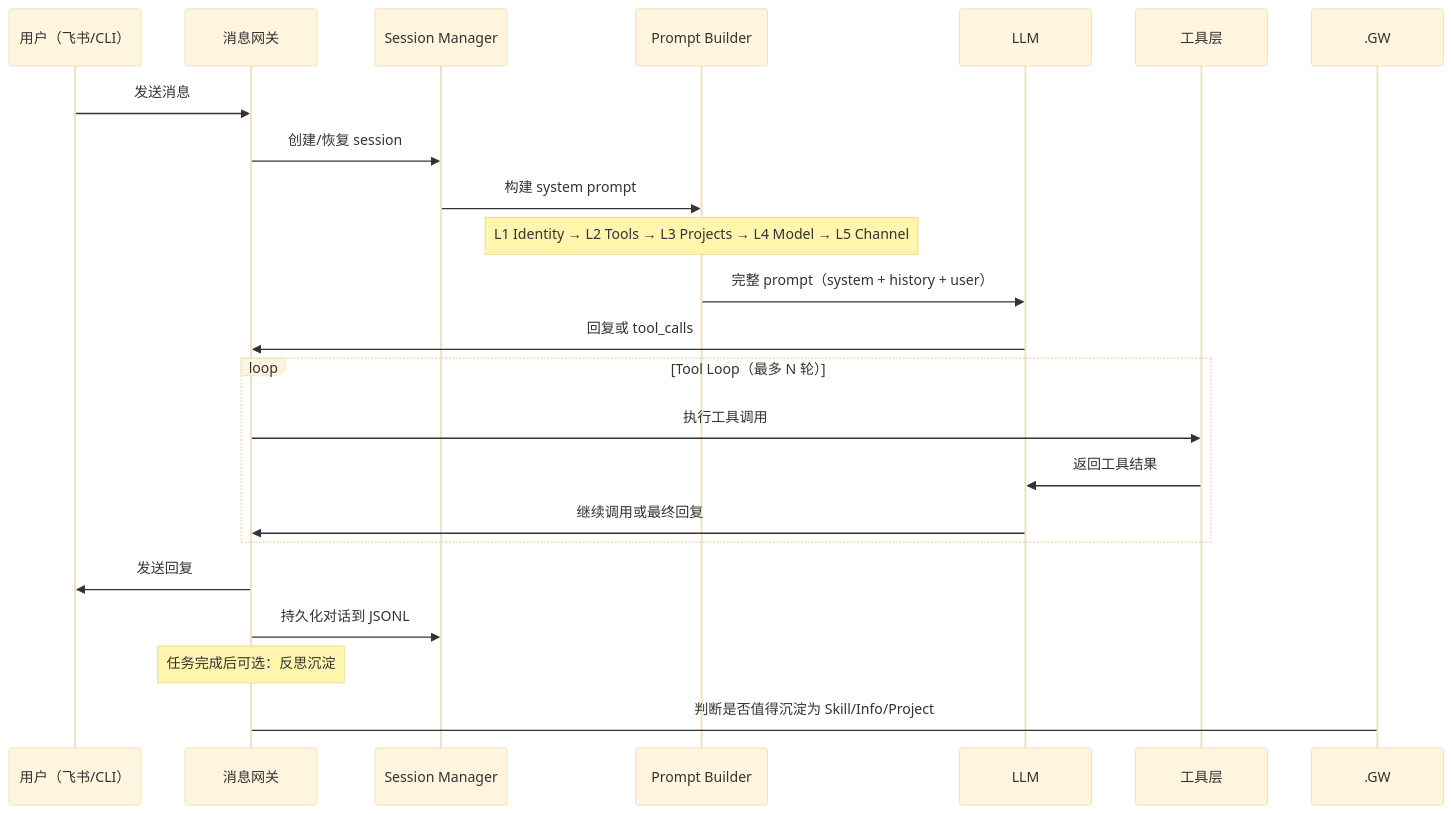
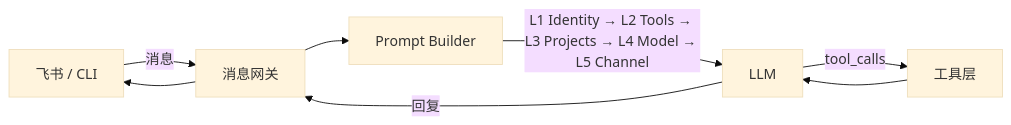
Before and after one commit to lampsonSong/lampson: the first of 2 diagrams in README.md, drawn with Mermaid (base theme). The commit also changed other lines of this file, not shown here.

Commit message:
docs: restructure README - move motivation first, collapse architecture, simplify diagrams

````diff
--- a/README.md
+++ b/README.md
@@ -56,28 +34,10 @@
 ```mermaid
-sequenceDiagram
-    participant U as 用户（飞书/CLI）
-    participant GW as 消息网关
-    participant SM as Session Manager
-    participant PB as Prompt Builder
-    participant LLM as LLM
-    participant T as 工具层
-
-    U->>GW: 发送消息
-    GW->>SM: 创建/恢复 session
-    SM->>PB: 构建 system prompt
-    Note over PB: L1 Identity → L2 Tools → L3 Projects → L4 Model → L5 Channel
-    PB->>LLM: 完整 prompt（system + history + user）
-    LLM->>GW: 回复或 tool_calls
-
-    loop Tool Loop（最多 N 轮）
-        GW->>T: 执行工具调用
-        T->>LLM: 返回工具结果
-        LLM->>GW: 继续调用或最终回复
-    end
-
-    GW->>U: 发送回复
-    GW->>SM: 持久化对话到 JSONL
-
-    Note over GW: 任务完成后可选：反思沉淀
-    GW->.GW: 判断是否值得沉淀为 Skill/Info/Project
+graph LR
+    U[飞书 / CLI] -->|消息| GW[消息网关]
+    GW --> PB[Prompt Builder]
+    PB -->|L1 Identity → L2 Tools → L3 Projects → L4 Model → L5 Channel| LLM[LLM]
+    LLM -->|tool_calls| T[工具层]
+    T --> LLM
+    LLM -->|回复| GW
+    GW --> U
 ```
````
